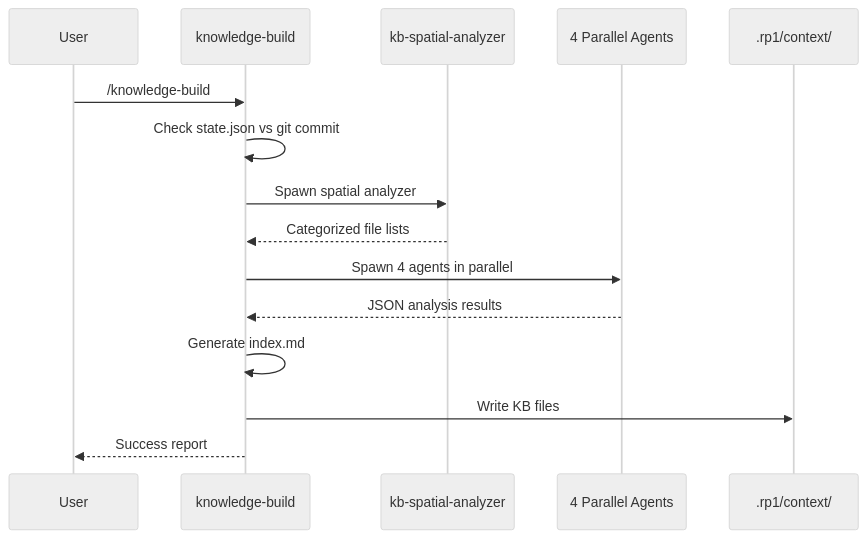
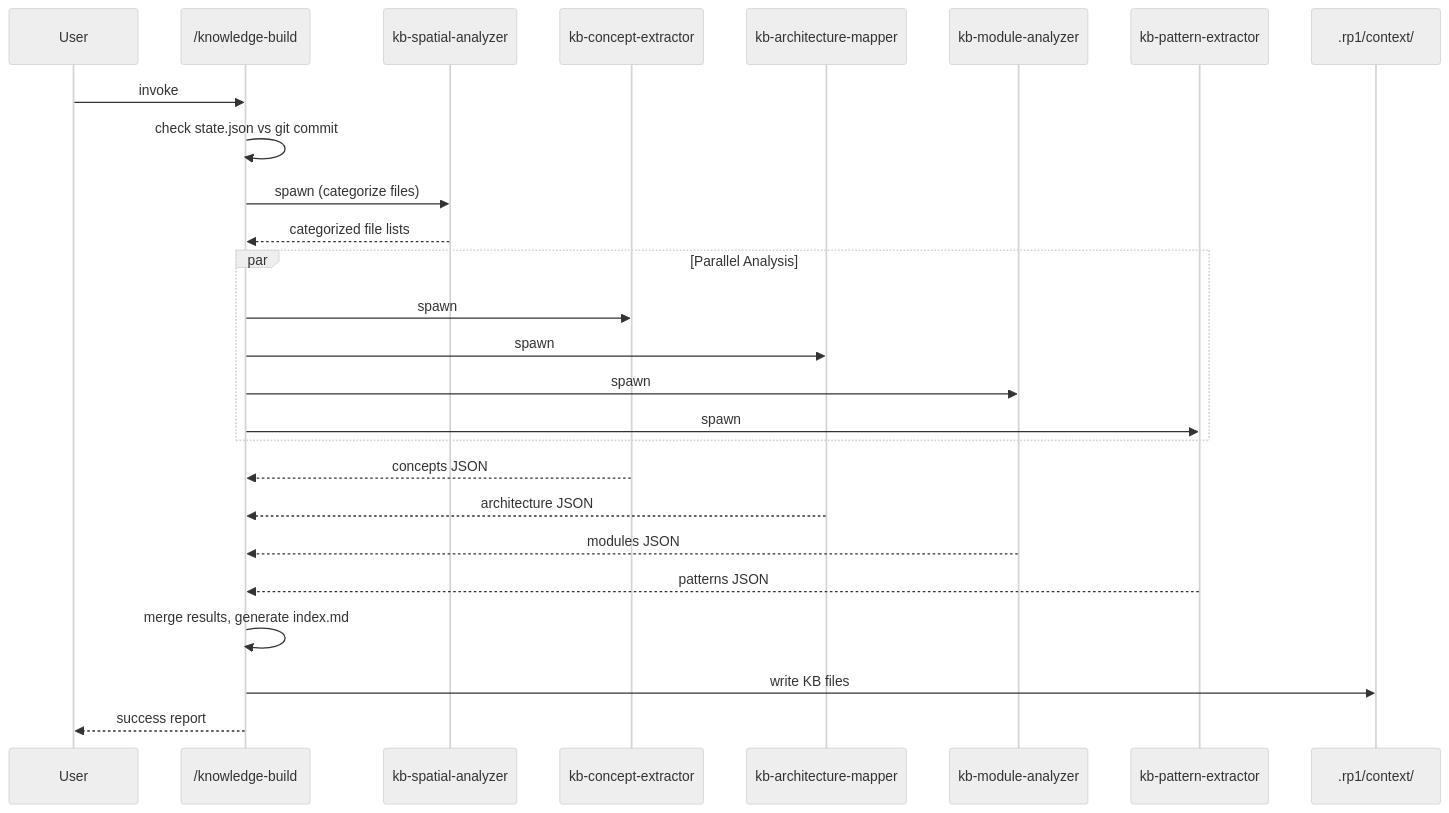
The second of 4 diagrams in .rp1/context/architecture.md (rp1-run/rp1), drawn with Mermaid (neutral theme) before and after one commit. The commit also changed other lines of this file and 5 other files, not shown here.

````diff
--- a/.rp1/context/architecture.md
+++ b/.rp1/context/architecture.md
@@ -120,18 +119,32 @@
 ```mermaid
 sequenceDiagram
     participant User
-    participant KBBuild as knowledge-build
+    participant KBCommand as /knowledge-build
     participant Spatial as kb-spatial-analyzer
-    participant Agents as 4 Parallel Agents
+    participant Concept as kb-concept-extractor
+    participant Arch as kb-architecture-mapper
+    participant Module as kb-module-analyzer
+    participant Pattern as kb-pattern-extractor
     participant KB as .rp1/context/
 
-    User->>KBBuild: /knowledge-build
-    KBBuild->>KBBuild: Check state.json vs git commit
-    KBBuild->>Spatial: Spawn spatial analyzer
-    Spatial-->>KBBuild: Categorized file lists
-    KBBuild->>Agents: Spawn 4 agents in parallel
-    Agents-->>KBBuild: JSON analysis results
-    KBBuild->>KBBuild: Generate index.md
-    KBBuild->>KB: Write KB files
-    KBBuild-->>User: Success report
+    User->>KBCommand: invoke
+    KBCommand->>KBCommand: check state.json vs git commit
+    KBCommand->>Spatial: spawn (categorize files)
+    Spatial-->>KBCommand: categorized file lists
+
+    par Parallel Analysis
+        KBCommand->>Concept: spawn
+        KBCommand->>Arch: spawn
+        KBCommand->>Module: spawn
+        KBCommand->>Pattern: spawn
+    end
+
+    Concept-->>KBCommand: concepts JSON
+    Arch-->>KBCommand: architecture JSON
+    Module-->>KBCommand: modules JSON
+    Pattern-->>KBCommand: patterns JSON
+
+    KBCommand->>KBCommand: merge results, generate index.md
+    KBCommand->>KB: write KB files
+    KBCommand-->>User: success report
 ```
````
